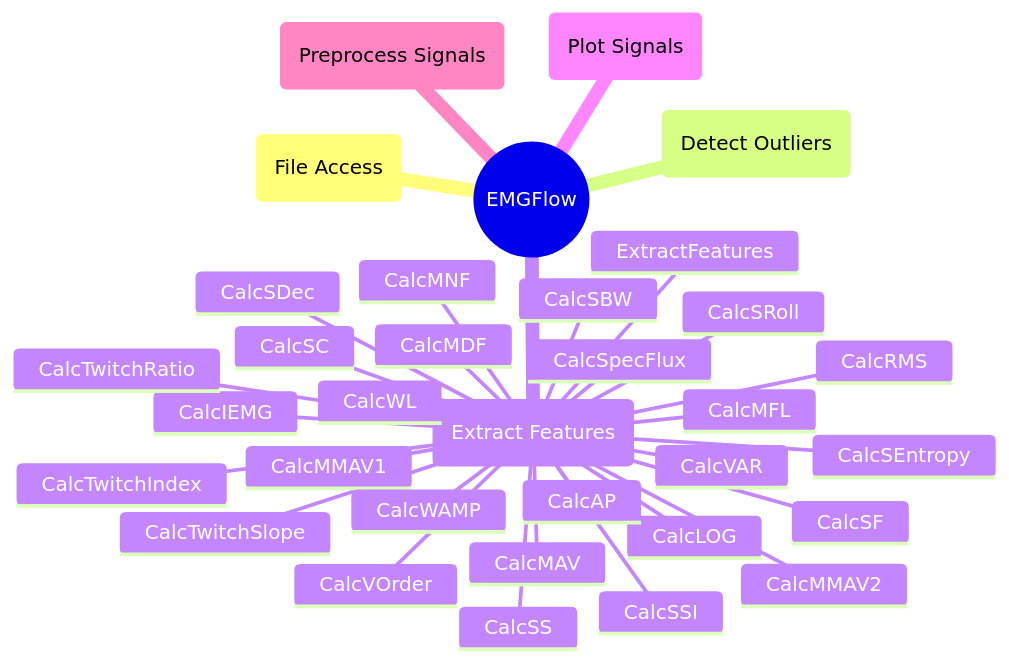
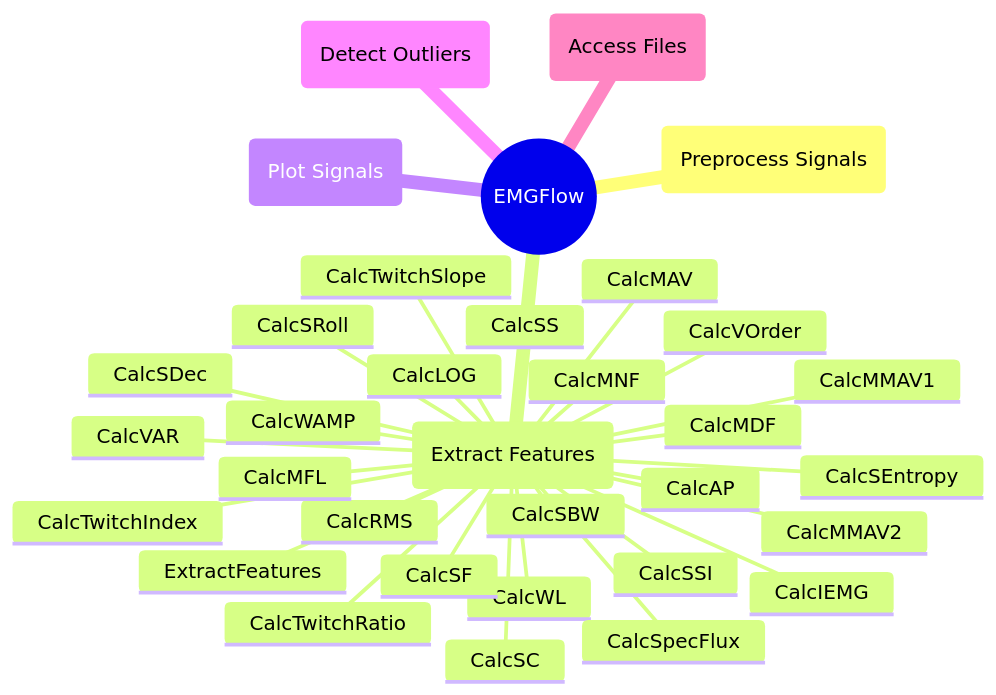
The diagram in docs/reference/extract-features.md (WiIIson/EMGFlow-Python-Package), drawn with Mermaid before and after one commit. The commit also changed 5 other files, not shown here.

First line of the commit message:
Reordered mindmaps

````diff
--- a/docs/reference/extract-features.md
+++ b/docs/reference/extract-features.md
@@ -7,36 +7,36 @@
 ```mermaid
 mindmap
     root((EMGFlow))
-        AF(File Access)
-        DO(Detect Outliers)
+        PrS(Preprocess Signals)
         EF(Extract Features)
             CalcIEMG
             CalcMAV
             CalcMMAV1
             CalcMMAV2
             CalcSSI
             CalcVAR
             CalcVOrder
             CalcRMS
             CalcWL
             CalcWAMP
             CalcLOG
             CalcMFL
             CalcAP
             CalcSpecFlux
             CalcMDF
             CalcMNF
             CalcTwitchRatio
             CalcTwitchIndex
             CalcTwitchSlope
             CalcSC
             CalcSF
             CalcSS
             CalcSDec
             CalcSEntropy
             CalcSRoll
             CalcSBW
             ExtractFeatures
         PlS(Plot Signals)
-        PrS(Preprocess Signals)
+        DO(Detect Outliers)
+        AF(Access Files)
 ```
````
